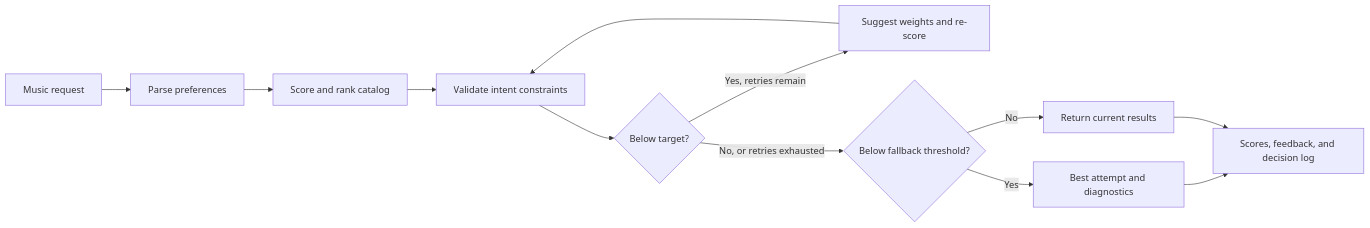
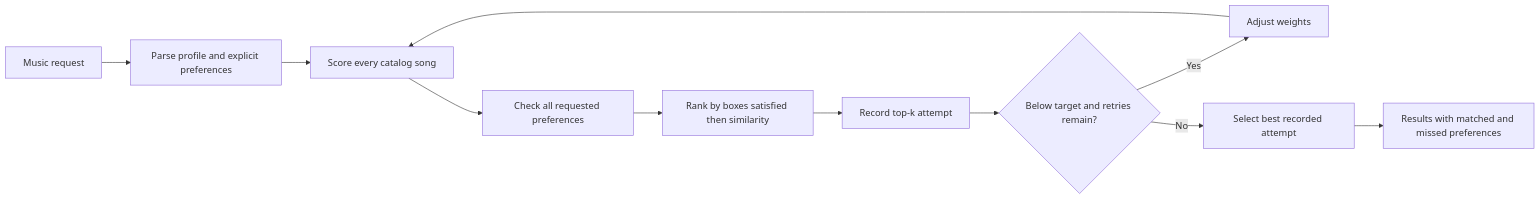
One commit to ZachR36/applied-ai-system-project changed the diagram in README.md. Above: the diagram before and after it, drawn with Mermaid. The commit also changed other lines of this file and 8 other files, not shown here.

Commit message:
Updated validator to account for all preferences instead of just energy. And the best songs from all rounds of scoring are used, instead of using the last round when no perfect matches are found

````diff
--- a/README.md
+++ b/README.md
@@ -65,14 +65,13 @@
 ```mermaid
 flowchart LR
-    A[Music request] --> B[Parse preferences]
-    B --> C[Score and rank catalog]
-    C --> D[Validate intent constraints]
-    D --> E{Below target?}
-    E -->|Yes, retries remain| F[Suggest weights and re-score]
-    F --> D
-    E -->|No, or retries exhausted| G{Below fallback threshold?}
-    G -->|Yes| H[Best attempt and diagnostics]
-    G -->|No| I[Return current results]
-    H --> J[Scores, feedback, and decision log]
-    I --> J
+    A[Music request] --> B[Parse profile and explicit preferences]
+    B --> C[Score every catalog song]
+    C --> D[Check all requested preferences]
+    D --> E[Rank by boxes satisfied then similarity]
+    E --> F[Record top-k attempt]
+    F --> G{Below target and retries remain?}
+    G -->|Yes| H[Adjust weights]
+    H --> C
+    G -->|No| I[Select best recorded attempt]
+    I --> J[Results with matched and missed preferences]
 ```
````
